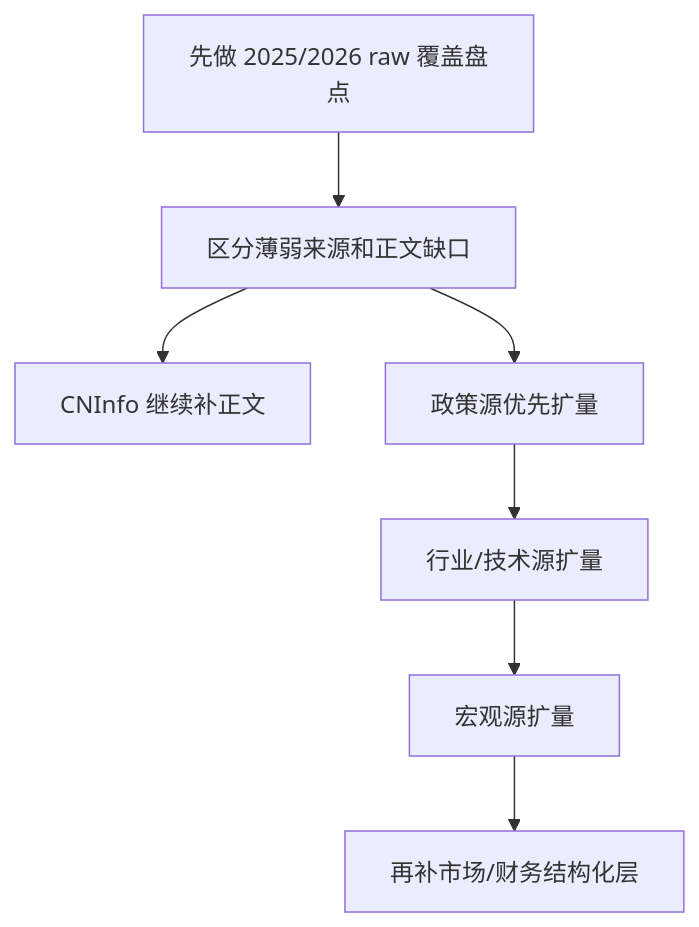
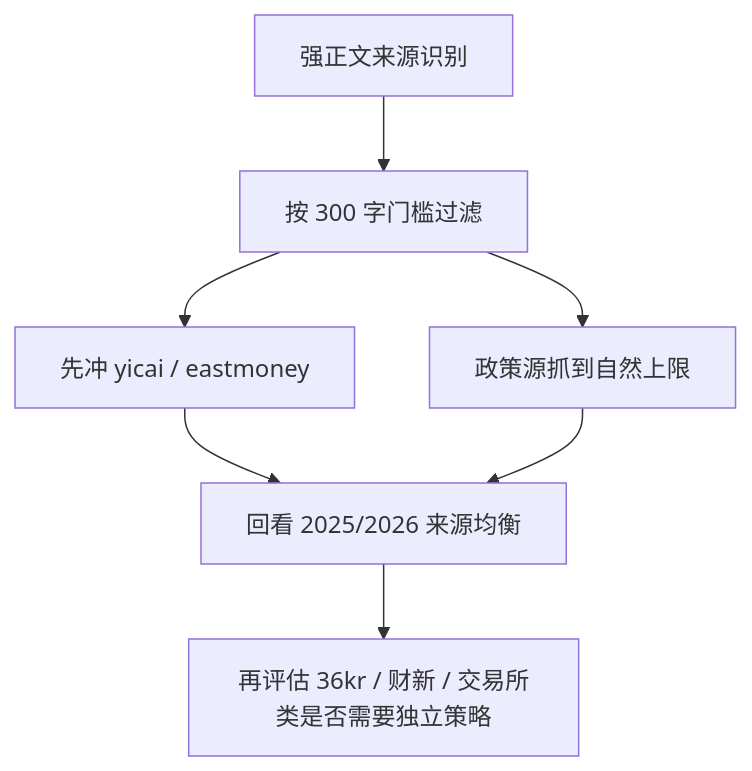
Before and after one commit to Timcai06/SPM: the diagram in docs/data/source-expansion-plan.md, drawn with Mermaid. The commit also changed other lines of this file and 22 other files, not shown here.

````diff
--- a/docs/data/source-expansion-plan.md
+++ b/docs/data/source-expansion-plan.md
@@ -199,9 +128,9 @@
 ```mermaid
 flowchart TD
-    A["先做 2025/2026 raw 覆盖盘点"] --> B["区分薄弱来源和正文缺口"]
-    B --> C["CNInfo 继续补正文"]
-    B --> D["政策源优先扩量"]
-    D --> E["行业/技术源扩量"]
-    E --> F["宏观源扩量"]
-    F --> G["再补市场/财务结构化层"]
+    A["强正文来源识别"] --> B["按 300 字门槛过滤"]
+    B --> C["先冲 yicai / eastmoney"]
+    B --> D["政策源抓到自然上限"]
+    C --> E["回看 2025/2026 来源均衡"]
+    D --> E
+    E --> F["再评估 36kr / 财新 / 交易所类是否需要独立策略"]
 ```
````
